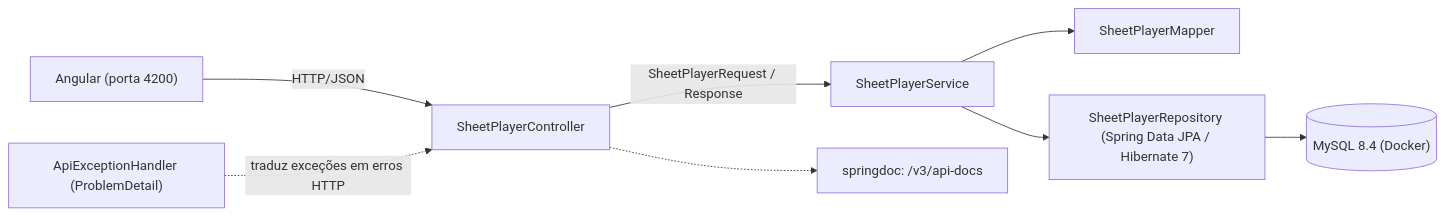
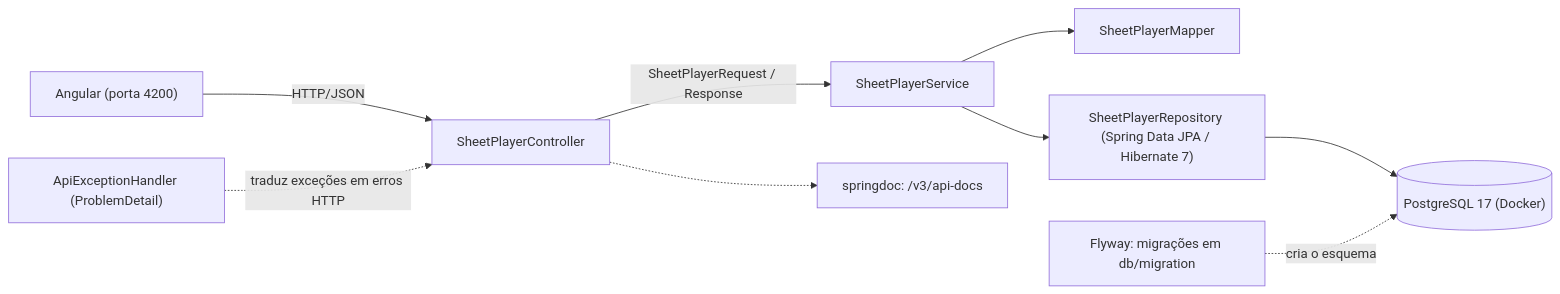
Before and after one commit to Deive25/Gerenciador-de-Fichas-RPG: the diagram in README.md, drawn with Mermaid. The commit also changed other lines of this file and 4 other files, not shown here.

First line of the commit message:
docs: documenta o incremento 1.4a (PostgreSQL, Flyway e ADR 0009)

````diff
--- a/README.md
+++ b/README.md
@@ -75,10 +76,11 @@
 ```mermaid
 flowchart LR
     A["Angular (porta 4200)"] -->|HTTP/JSON| B[SheetPlayerController]
     B -->|SheetPlayerRequest / Response| C[SheetPlayerService]
     C --> M[SheetPlayerMapper]
     C --> R["SheetPlayerRepository (Spring Data JPA / Hibernate 7)"]
-    R --> D[("MySQL 8.4 (Docker)")]
+    R --> D[("PostgreSQL 17 (Docker)")]
+    F["Flyway: migrações em db/migration"] -.->|cria o esquema| D
     X["ApiExceptionHandler (ProblemDetail)"] -.->|traduz exceções em erros HTTP| B
     B -.-> O["springdoc: /v3/api-docs"]
 ```
````
